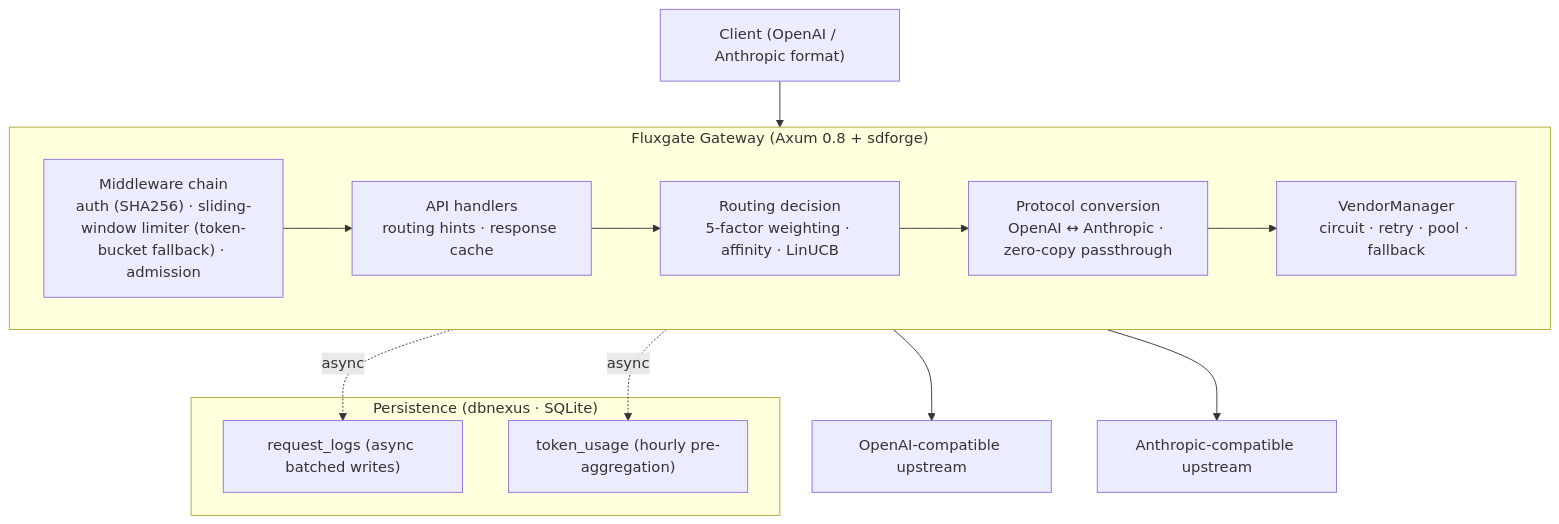
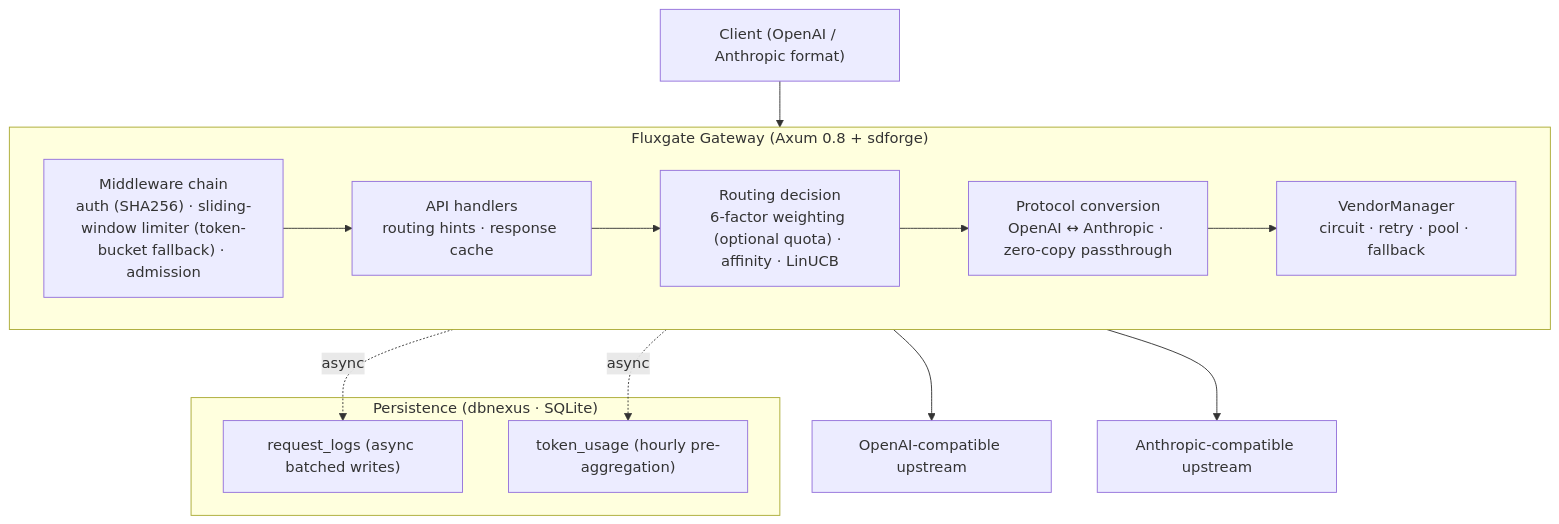
The diagram in README_EN.md (Kirky-X/fluxgate), drawn with Mermaid before and after one commit. The commit also changed other lines of this file and 8 other files, not shown here.

````diff
--- a/README_EN.md
+++ b/README_EN.md
@@ -234,28 +234,28 @@
 ```mermaid
 flowchart TB
     Client["Client (OpenAI / Anthropic format)"]
 
     subgraph GW["Fluxgate Gateway (Axum 0.8 + sdforge)"]
         direction LR
         MW["Middleware chain<br/>auth (SHA256) · sliding-window limiter (token-bucket fallback) · admission"]
         Handler["API handlers<br/>routing hints · response cache"]
-        Router["Routing decision<br/>5-factor weighting · affinity · LinUCB"]
+        Router["Routing decision<br/>6-factor weighting (optional quota) · affinity · LinUCB"]
         Conv["Protocol conversion<br/>OpenAI ↔ Anthropic · zero-copy passthrough"]
         Vendor["VendorManager<br/>circuit · retry · pool · fallback"]
         MW --> Handler --> Router --> Conv --> Vendor
     end
 
     subgraph Store["Persistence (dbnexus · SQLite)"]
         Logs["request_logs (async batched writes)"]
         Agg["token_usage (hourly pre-aggregation)"]
     end
 
     UP1["OpenAI-compatible upstream"]
     UP2["Anthropic-compatible upstream"]
 
     Client --> MW
     Vendor --> UP1
     Vendor --> UP2
     Vendor -. async .-> Logs
     Vendor -. async .-> Agg
 ```
````
